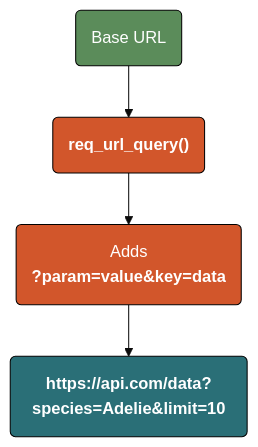
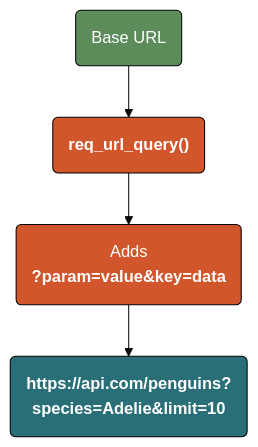
Before and after one commit to mjfrigaard/do4ds-labs: the second of 4 diagrams in httr2.qmd, drawn with Mermaid. The commit also changed 510 other files, not shown here.

````diff
--- a/httr2.qmd
+++ b/httr2.qmd
@@ -78,15 +78,15 @@
 ```{mermaid}
 %%| fig-width: 6.5
 %%| fig-align: 'center'
 %%{init: {'theme': 'base', 'themeVariables': {'fontFamily': 'monospace'}}}%%
 
 graph TD
 	A("Base URL") --> B("<strong>req_url_query()</strong>")
 	B --> C("Adds<br><strong>?param=value&key=data</strong>")
-	C --> D("<strong>https://</strong><strong>api.com/data?species=Adelie&limit=10</strong>")
+	C --> D("<strong>https://</strong><strong>api.com/penguins?species=Adelie&limit=10</strong>")
     style A fill:#5B8C5A,stroke:#000000,stroke-width:1px,color:#ffffff
     style B fill:#D2562B,stroke:#000000,stroke-width:1px,color:#ffffff
     style C fill:#D2562B,stroke:#000000,stroke-width:1px,color:#ffffff
     style D fill:#2A6F77,stroke:#000000,stroke-width:1px,color:#ffffff
 
 ```
````
